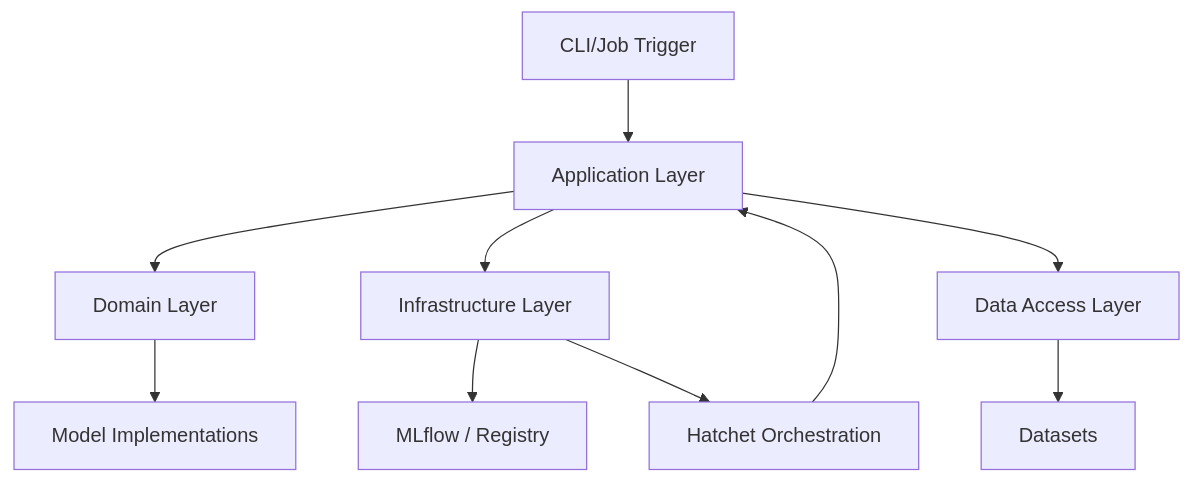
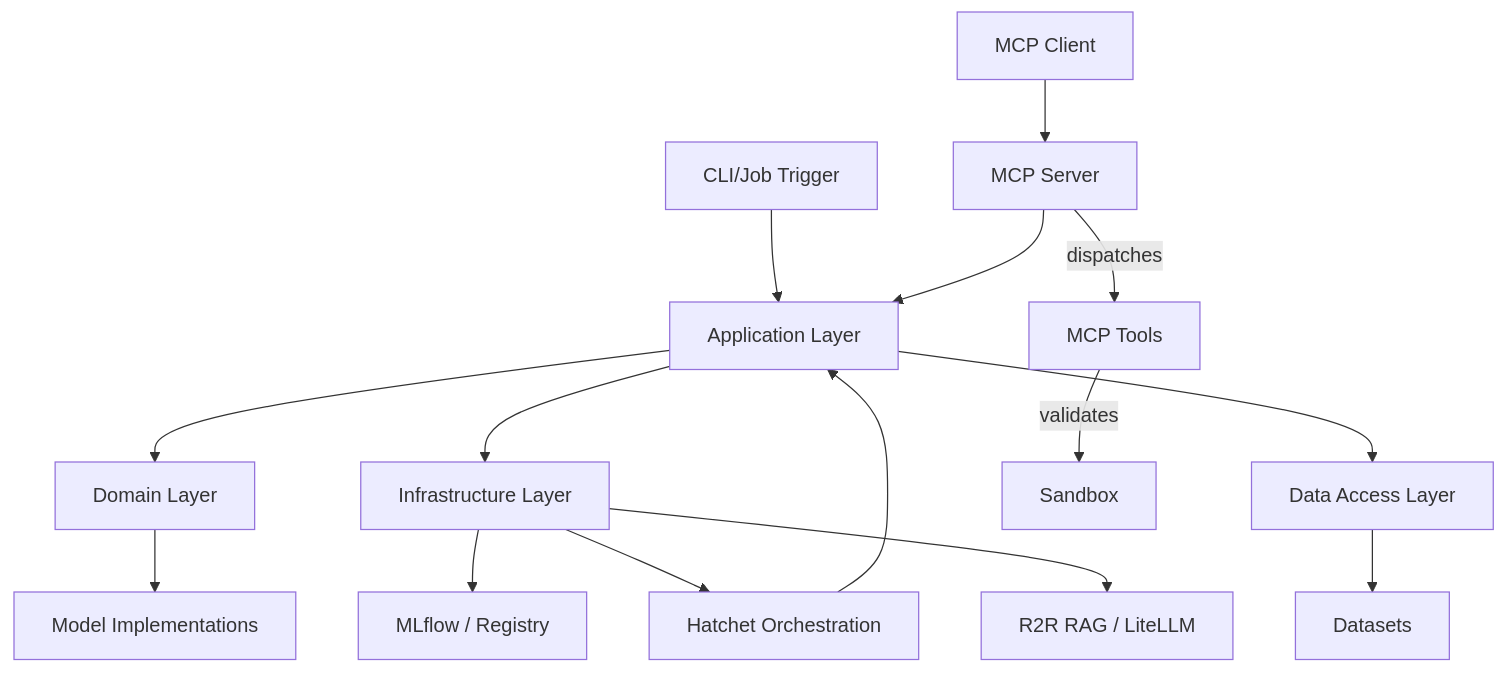
One commit to lgcorzo/rust_CACD_autonomous_factory changed the diagram in wiki/Solution_Architecture_Report.md. Above: the diagram before and after it, drawn with Mermaid. The commit also changed other lines of this file and 39 other files, not shown here.

Commit message:
feat: consolidate MCP server tools and externalize agent prompts

````diff
--- a/wiki/Solution_Architecture_Report.md
+++ b/wiki/Solution_Architecture_Report.md
@@ -52,12 +53,17 @@
 ```mermaid
 graph TD
     A[CLI/Job Trigger] --> B[Application Layer]
+    M[MCP Client] --> MC[MCP Server]
+    MC --> B
     B --> C[Domain Layer]
     C --> D[Model Implementations]
     B --> E[Infrastructure Layer]
     E --> F[MLflow / Registry]
     E --> I[Hatchet Orchestration]
+    E --> R[R2R RAG / LiteLLM]
     B --> G[Data Access Layer]
     G --> H[Datasets]
     I --> B
+    MC -- "dispatches" --> T[MCP Tools]
+    T -- "validates" --> S[Sandbox]
 ```
````
